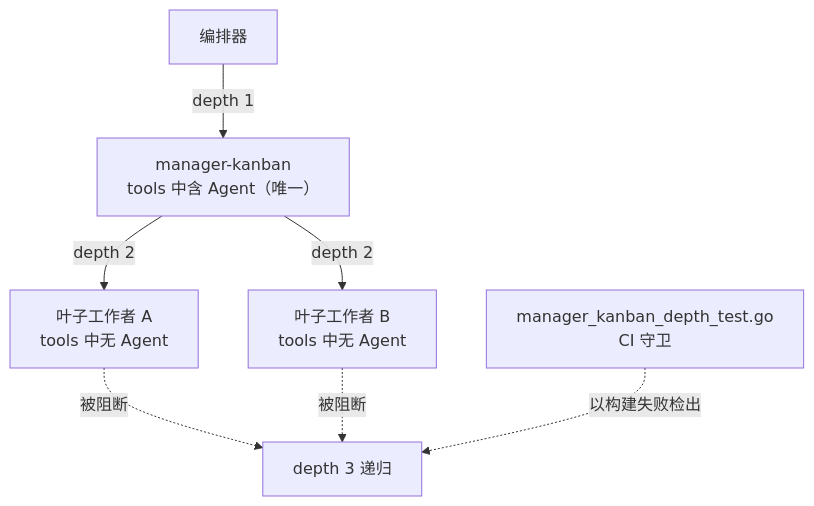
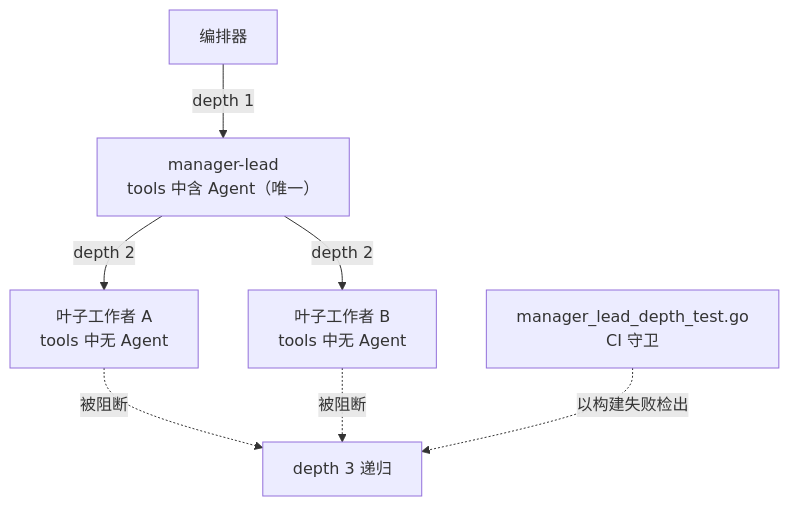
Before and after one commit to modu-ai/moai-adk: the third of 5 diagrams in docs-site/content/zh/advanced/agent-guide.md, drawn with Mermaid. The commit also changed other lines of this file and 17 other files, not shown here.

First line of the commit message:
docs(docs-site): sweep manager-kanban -> manager-lead agent-name prose (4 locales)

````diff
--- a/docs-site/content/zh/advanced/agent-guide.md
+++ b/docs-site/content/zh/advanced/agent-guide.md
@@ -165,9 +165,9 @@
 ```mermaid
 flowchart TD
-    ORCH["编排器"] -->|"depth 1"| LEAD["manager-kanban<br>tools 中含 Agent（唯一）"]
+    ORCH["编排器"] -->|"depth 1"| LEAD["manager-lead<br>tools 中含 Agent（唯一）"]
     LEAD -->|"depth 2"| W1["叶子工作者 A<br>tools 中无 Agent"]
     LEAD -->|"depth 2"| W2["叶子工作者 B<br>tools 中无 Agent"]
     W1 -.->|"被阻断"| X["depth 3 递归"]
     W2 -.->|"被阻断"| X
-    GUARD["manager_kanban_depth_test.go<br>CI 守卫"] -.->|"以构建失败检出"| X
+    GUARD["manager_lead_depth_test.go<br>CI 守卫"] -.->|"以构建失败检出"| X
 ```
````
